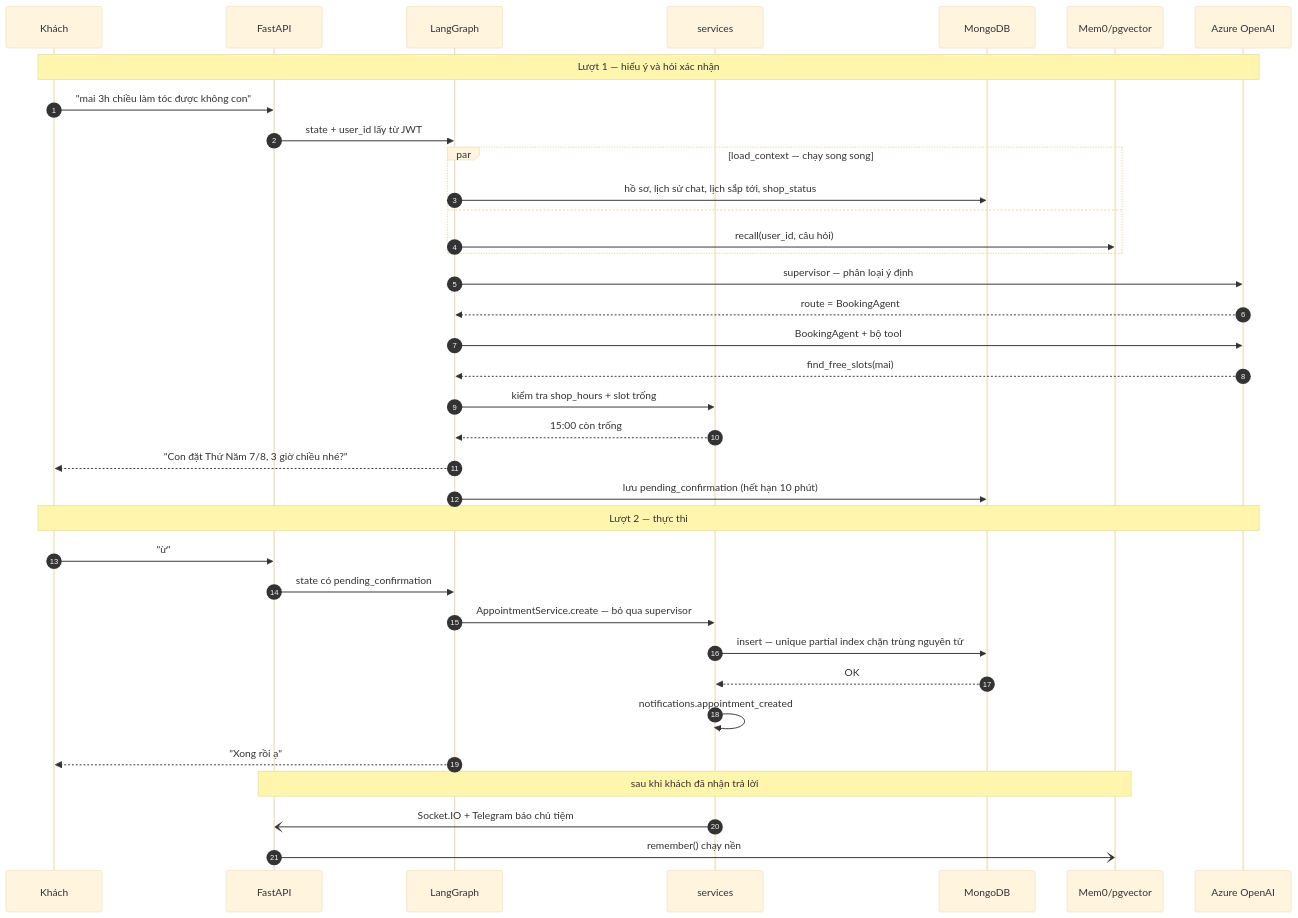
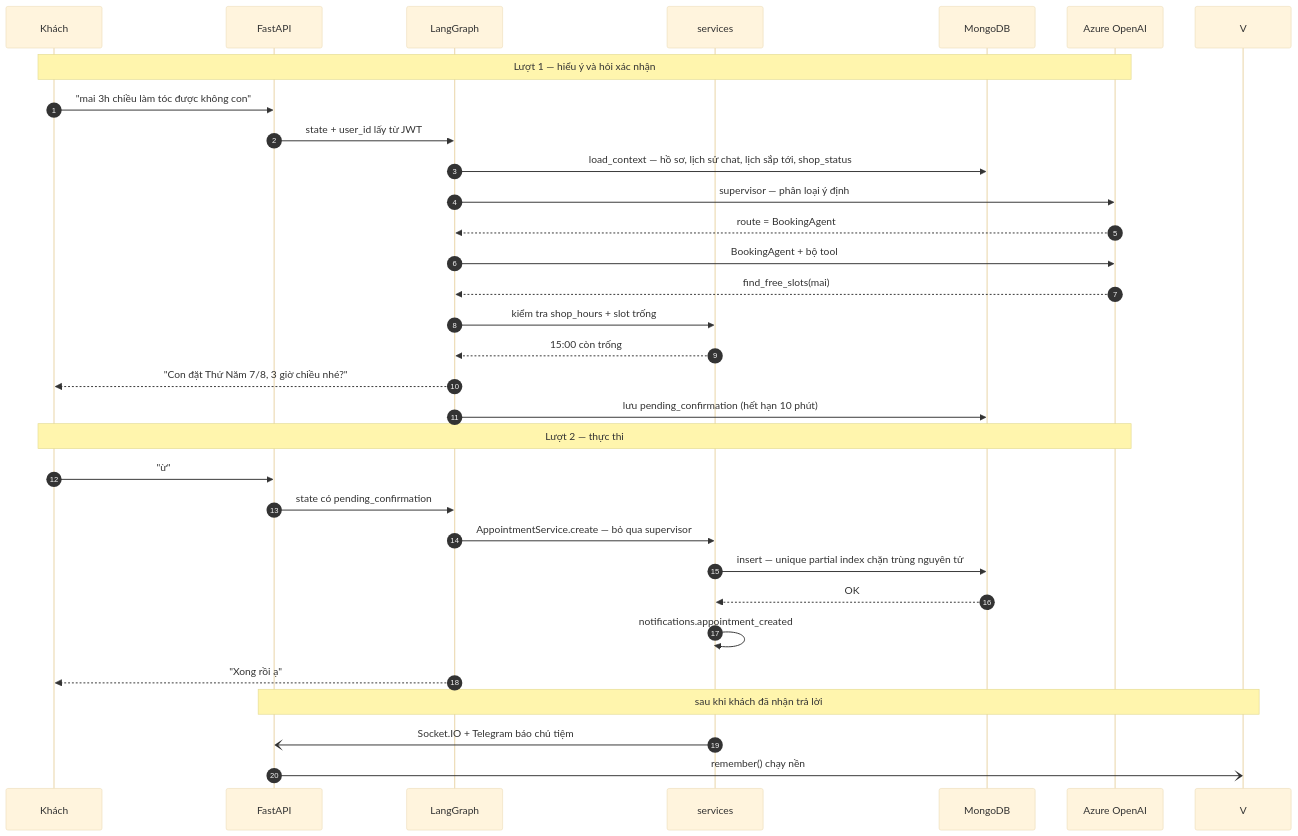
The fourth of 4 diagrams in docs/superpowers/specs/2026-08-06-booking-nail-toc/01-architecture.md (BuiHenry1404/salona-booking), drawn with Mermaid (base theme) before and after one commit. The commit also changed other lines of this file and 22 other files, not shown here.

````diff
--- a/docs/superpowers/specs/2026-08-06-booking-nail-toc/01-architecture.md
+++ b/docs/superpowers/specs/2026-08-06-booking-nail-toc/01-architecture.md
@@ -194,41 +181,36 @@
 ```mermaid
 sequenceDiagram
     autonumber
     participant K as Khách
     participant API as FastAPI
     participant G as LangGraph
     participant S as services
     participant M as MongoDB
-    participant V as Mem0/pgvector
     participant AZ as Azure OpenAI
 
     Note over K,AZ: Lượt 1 — hiểu ý và hỏi xác nhận
     K->>API: "mai 3h chiều làm tóc được không con"
     API->>G: state + user_id lấy từ JWT
-    par load_context — chạy song song
-        G->>M: hồ sơ, lịch sử chat, lịch sắp tới, shop_status
-    and
-        G->>V: recall(user_id, câu hỏi)
-    end
+    G->>M: load_context — hồ sơ, lịch sử chat, lịch sắp tới, shop_status
     G->>AZ: supervisor — phân loại ý định
     AZ-->>G: route = BookingAgent
     G->>AZ: BookingAgent + bộ tool
     AZ-->>G: find_free_slots(mai)
     G->>S: kiểm tra shop_hours + slot trống
     S-->>G: 15:00 còn trống
     G-->>K: "Con đặt Thứ Năm 7/8, 3 giờ chiều nhé?"
     G->>M: lưu pending_confirmation (hết hạn 10 phút)
 
     Note over K,AZ: Lượt 2 — thực thi
     K->>API: "ừ"
     API->>G: state có pending_confirmation
     G->>S: AppointmentService.create — bỏ qua supervisor
     S->>M: insert — unique partial index chặn trùng nguyên tử
     M-->>S: OK
     S->>S: notifications.appointment_created
     G-->>K: "Xong rồi ạ"
 
     Note over API,V: sau khi khách đã nhận trả lời
     S-)API: Socket.IO + Telegram báo chủ tiệm
     API-)V: remember() chạy nền
 ```
````
